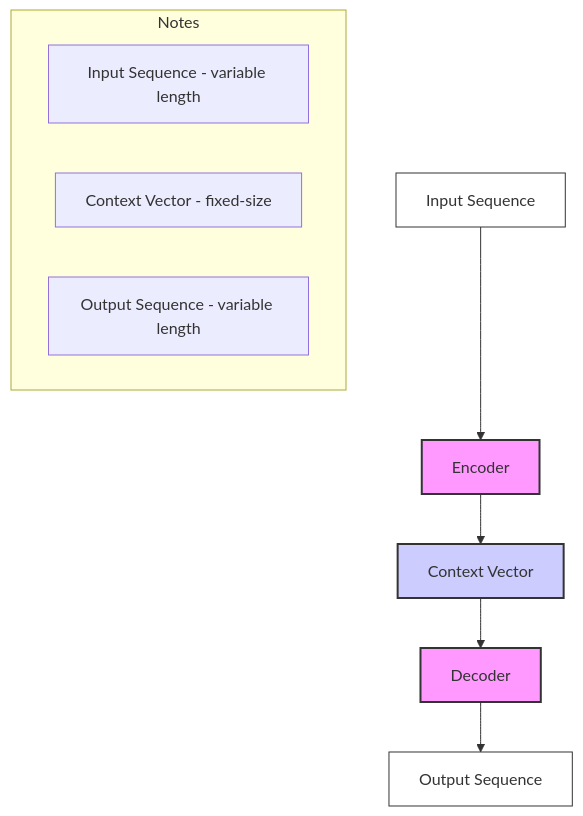
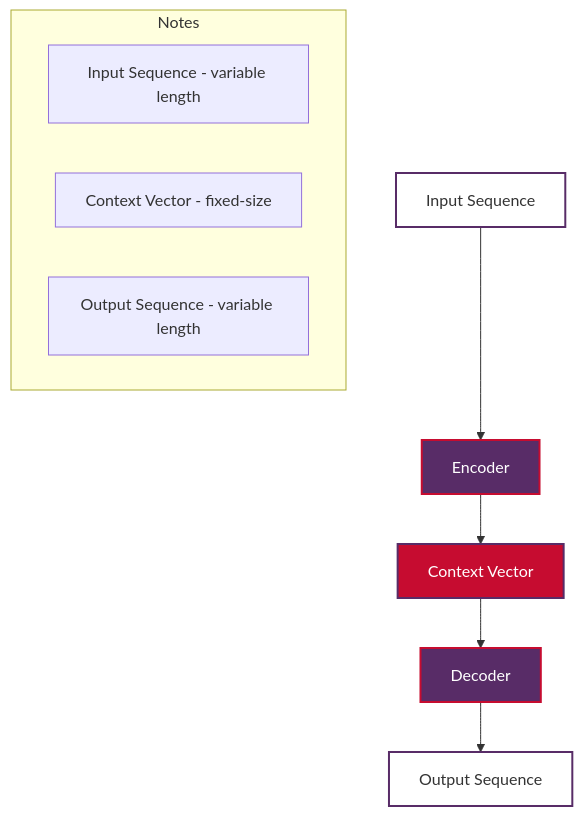
Before and after one commit to vuhung16au/nlp-learning-journey: the diagram in .github/copilot-instructions.md, drawn with Mermaid. The commit also changed other lines of this file, not shown here.

Commit message:
Update Mermaid diagram colors to use specified purple, white, and red color scheme

````diff
--- a/.github/copilot-instructions.md
+++ b/.github/copilot-instructions.md
@@ -242,19 +242,19 @@
 ```mermaid
 graph TD
     A[Input Sequence] --> B[Encoder]
     B --> C[Context Vector]
     C --> D[Decoder]
     D --> E[Output Sequence]
 
-    style A fill:#fff,stroke:#333,color:#333
-    style B fill:#f9f,stroke:#333,stroke-width:2px
-    style C fill:#ccf,stroke:#333,stroke-width:2px
-    style D fill:#f9f,stroke:#333,stroke-width:2px
-    style E fill:#fff,stroke:#333,color:#333
+    style A fill:#FFFFFF,stroke:#582C67,color:#333,stroke-width:2px
+    style B fill:#582C67,stroke:#C60C30,color:#FFFFFF,stroke-width:2px
+    style C fill:#C60C30,stroke:#582C67,color:#FFFFFF,stroke-width:2px
+    style D fill:#582C67,stroke:#C60C30,color:#FFFFFF,stroke-width:2px
+    style E fill:#FFFFFF,stroke:#582C67,color:#333,stroke-width:2px
 
     subgraph Notes
         sub1[Input Sequence - variable length]
         sub2[Context Vector - fixed-size]
         sub3[Output Sequence - variable length]
     end
 ```
````
